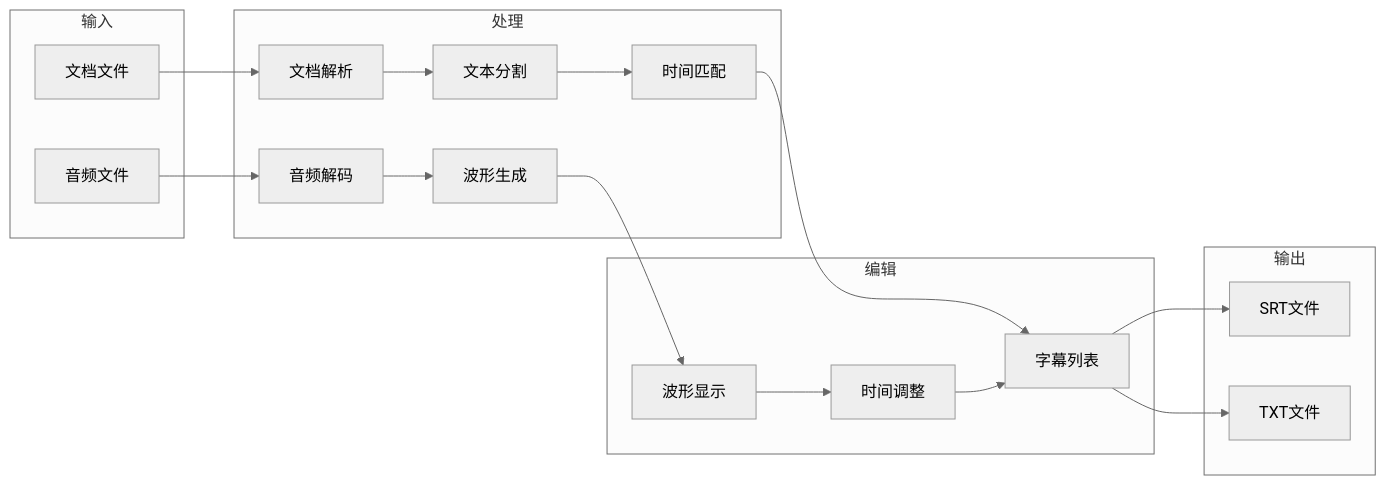
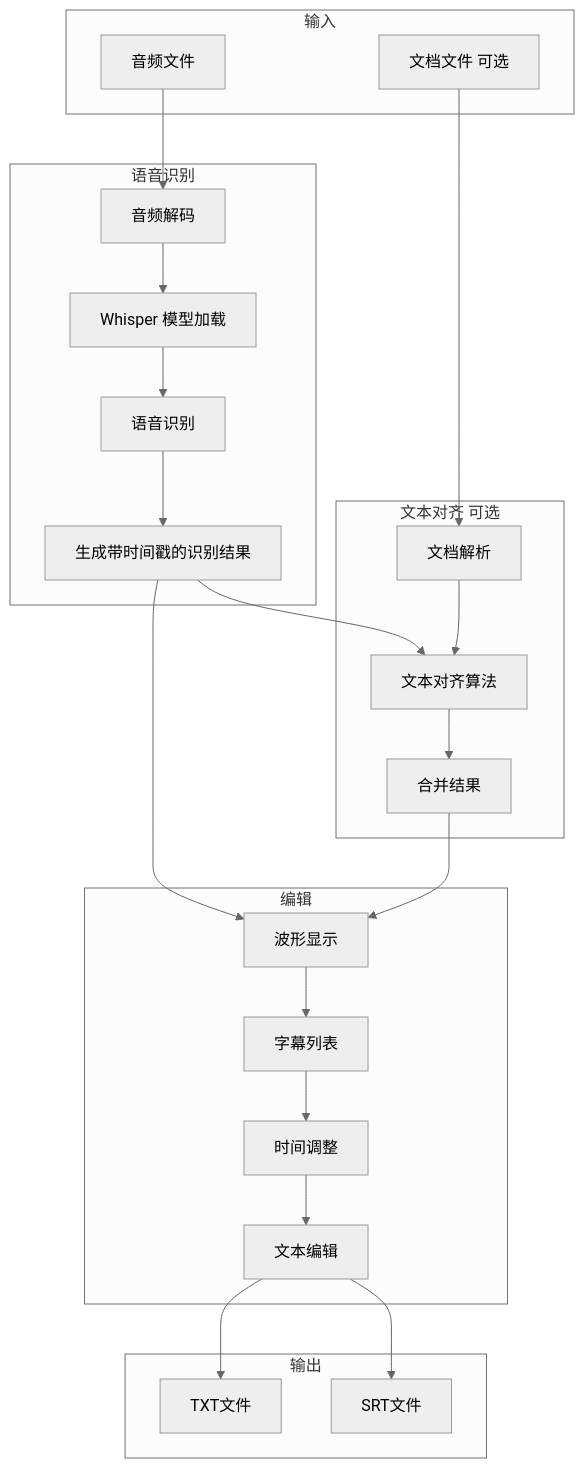
One commit to AL-1688/tree changed the second of 3 diagrams in .monkeycode/specs/audio-subtitle-generator/design.md. Above: the diagram before and after it, drawn with Mermaid (neutral theme). The commit also changed other lines of this file and 1 other file, not shown here.

First line of the commit message:
docs: update audio subtitle generator with Whisper integration

````diff
--- a/.monkeycode/specs/audio-subtitle-generator/design.md
+++ b/.monkeycode/specs/audio-subtitle-generator/design.md
@@ -68,32 +95,42 @@
 ```mermaid
-flowchart LR
+flowchart TB
     subgraph 输入
         A[音频文件]
-        B[文档文件]
+        B[文档文件 可选]
     end
 
-    subgraph 处理
+    subgraph 语音识别
         C[音频解码]
-        D[波形生成]
-        E[文档解析]
-        F[文本分割]
-        G[时间匹配]
+        D[Whisper 模型加载]
+        E[语音识别]
+        F[生成带时间戳的识别结果]
+    end
+
+    subgraph 文本对齐 可选
+        G[文档解析]
+        H[文本对齐算法]
+        I[合并结果]
     end
 
     subgraph 编辑
-        H[波形显示]
-        I[字幕列表]
-        J[时间调整]
+        J[波形显示]
+        K[字幕列表]
+        L[时间调整]
+        M[文本编辑]
     end
 
     subgraph 输出
-        K[SRT文件]
-        L[TXT文件]
+        N[SRT文件]
+        O[TXT文件]
     end
 
-    A --> C --> D --> H
-    B --> E --> F --> G --> I
-    H --> J --> I
-    I --> K
-    I --> L
+    A --> C --> D --> E --> F
+    B --> G
+    F --> H
+    G --> H
+    H --> I --> J
+    F --> J
+    J --> K --> L --> M
+    M --> N
+    M --> O
 ```
````
